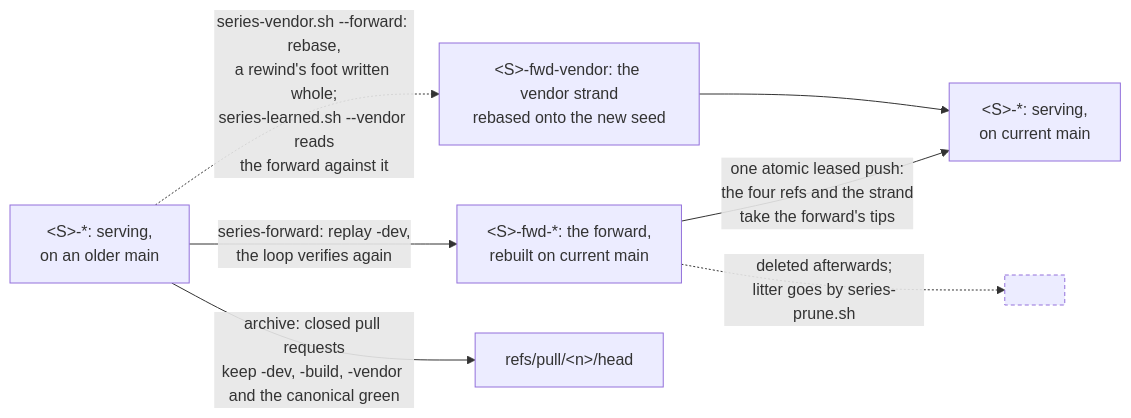
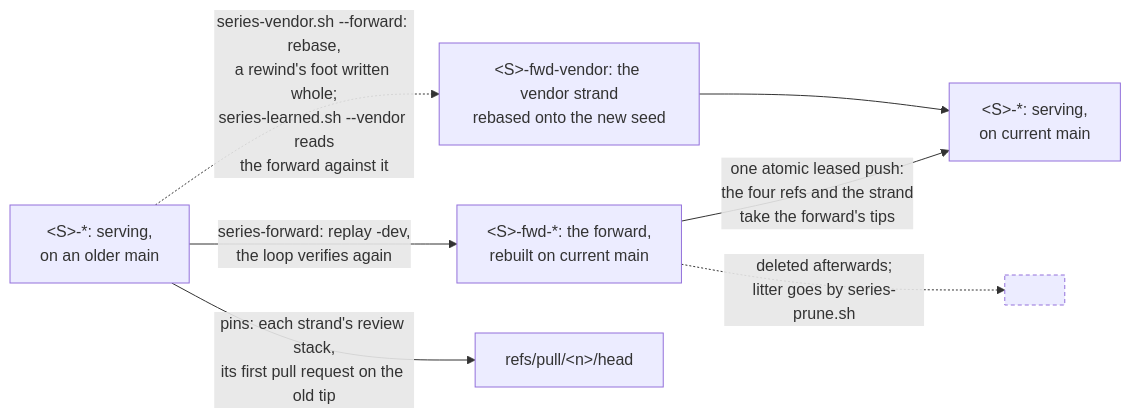
One commit to duckdb/duckdb-r changed the second of 2 diagrams in handbook/branches/model/README.md. Above: the diagram before and after it, drawn with Mermaid. The commit also changed other lines of this file and 27 other files, not shown here.

````diff
--- a/handbook/branches/model/README.md
+++ b/handbook/branches/model/README.md
@@ -82,14 +82,14 @@
 ```mermaid
 flowchart LR
   S["#60;S#62;-*: serving,<br>on an older main"]
   F["#60;S#62;-fwd-*: the forward,<br>rebuilt on current main"]
   V["#60;S#62;-fwd-vendor: the vendor strand<br>rebased onto the new seed"]
   S -->|"series-forward: replay -dev,<br>the loop verifies again"| F
   S -.->|"series-vendor.sh --forward: rebase,<br>a rewind's foot written whole;<br>series-learned.sh --vendor reads<br>the forward against it"| V
-  S -->|"archive: closed pull requests<br>keep -dev, -build, -vendor and the canonical green"| A["refs/pull/#60;n#62;/head"]
+  S -->|"pins: each strand's review stack,<br>its first pull request on the old tip"| A["refs/pull/#60;n#62;/head"]
   F -->|"one atomic leased push:<br>the four refs and the strand<br>take the forward's tips"| S2["#60;S#62;-*: serving,<br>on current main"]
   V --> S2
   F -.->|"deleted afterwards;<br>litter goes by series-prune.sh"| X[" "]
   classDef gone stroke-dasharray: 4 3
   class X gone
 ```
````
